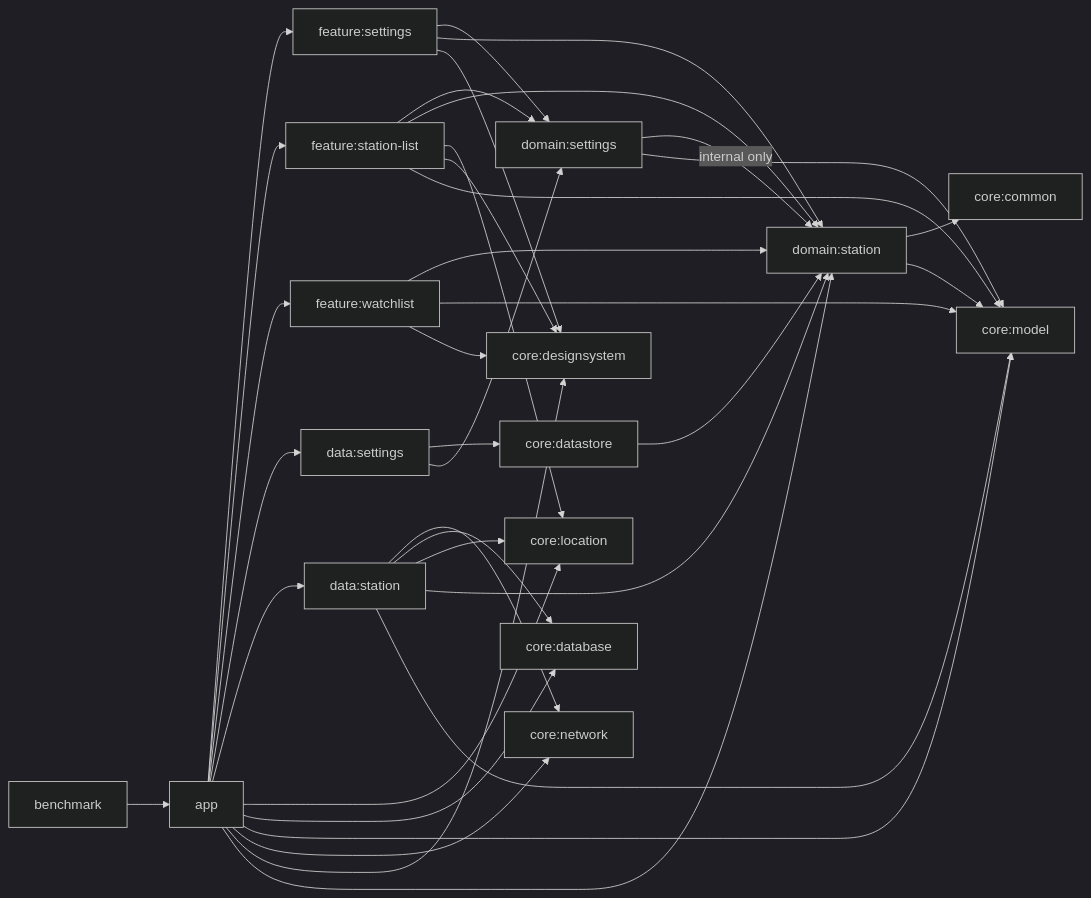
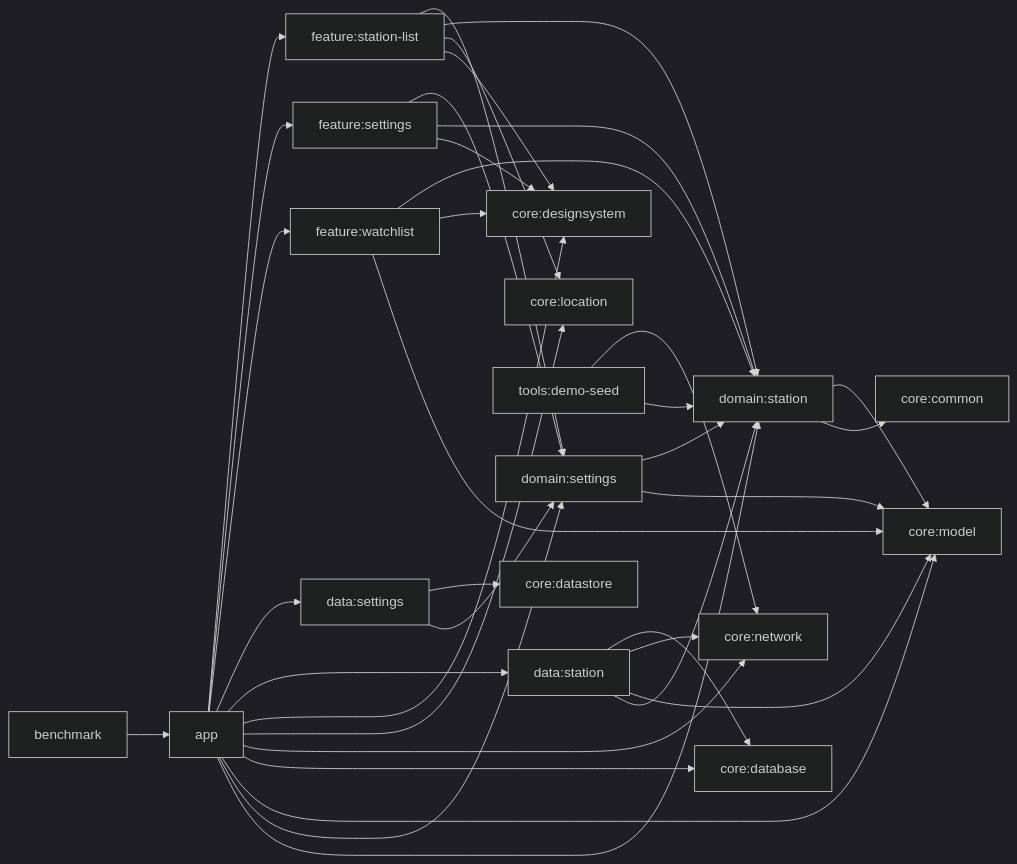
Before and after one commit to beyondwin/GasStation: the diagram in docs/architecture.md, drawn with Mermaid (dark theme). The commit also changed other lines of this file and 3 other files, not shown here.

````diff
--- a/docs/architecture.md
+++ b/docs/architecture.md
@@ -5,45 +5,45 @@
 ```mermaid
 flowchart LR
-    app["app"] --> fs["feature:settings"]
-    app --> fl["feature:station-list"]
-    app --> fw["feature:watchlist"]
-    app --> ds["data:settings"]
-    app --> dst["data:station"]
-    app --> cl["core:location"]
-    app --> cd["core:database"]
-    app --> cm["core:model"]
+    app["app"] --> fstation["feature:station-list"]
+    app --> fsettings["feature:settings"]
+    app --> fwatch["feature:watchlist"]
+    app --> dsettings["data:settings"]
+    app --> dstation["data:station"]
+    app --> cdesign["core:designsystem"]
+    app --> clocation["core:location"]
     app --> cnetwork["core:network"]
-    app --> design["core:designsystem"]
-    app --> dstation["domain:station"]
+    app --> cdatabase["core:database"]
+    app --> cmodel["core:model"]
+    app --> domSettings["domain:settings"]
+    app --> domStation["domain:station"]
 
-    fs --> dsettings["domain:settings"]
-    fs --> dstation
-    fs --> design
+    fstation --> domSettings
+    fstation --> domStation
+    fstation --> clocation
+    fstation --> cdesign
 
-    fl --> dsettings
-    fl --> dstation
-    fl --> cl
-    fl --> design
-    fl --> cm
+    fsettings --> domSettings
+    fsettings --> domStation
+    fsettings --> cdesign
 
-    fw --> dstation
-    fw --> cm
-    fw --> design
+    fwatch --> domStation
+    fwatch --> cdesign
+    fwatch --> cmodel
 
-    ds --> datastore["core:datastore"]
-    ds --> dsettings
-    datastore --> dstation
+    dsettings --> cdatastore["core:datastore"]
+    dsettings --> domSettings
 
-    dst --> cnetwork["core:network"]
-    dst --> cd
-    dst --> cl
-    dst --> dstation
-    dst --> cm
+    dstation --> cdatabase
+    dstation --> cnetwork
+    dstation --> cmodel
+    dstation --> domStation
 
-    dsettings -->|"internal only"| dstation
-    dsettings --> cm
-    dstation --> common["core:common"]
-    dstation --> cm
+    domSettings --> domStation
+    domSettings --> cmodel
+    domStation --> cmodel
+    domStation --> ccommon["core:common"]
 
+    tools["tools:demo-seed"] --> cnetwork
+    tools --> domStation
     benchmark["benchmark"] --> app
 ```
````
